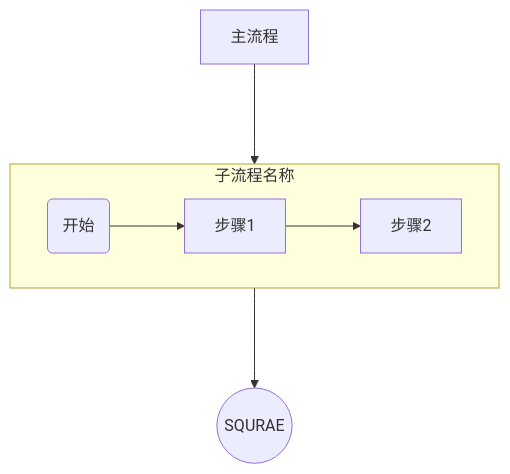
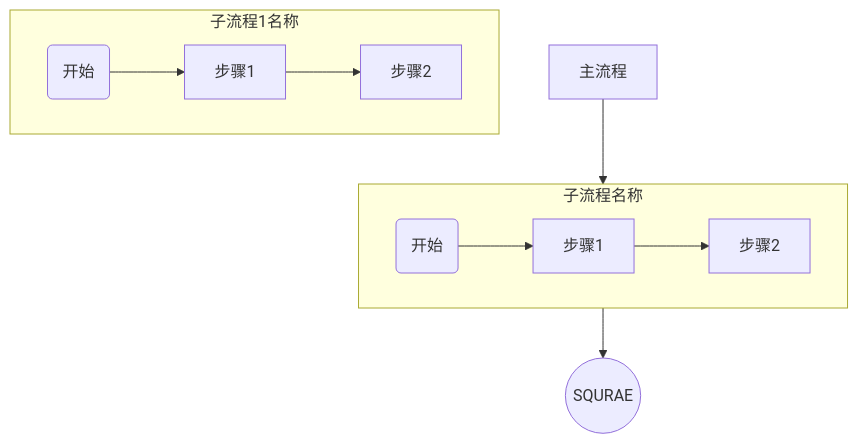
The third of 3 diagrams in Daily work/2025/Month_04/07.md (zeff163/stackedit-app-data), drawn with Mermaid before and after one commit. The commit also changed other lines of this file, not shown here.

Commit message:
Daily work/2025/Month_04/07.md updated from https://stackedit.cn/

````diff
--- a/Daily work/2025/Month_04/07.md
+++ b/Daily work/2025/Month_04/07.md
@@ -73,9 +73,12 @@
 ```mermaid
 graph TD
     subgraph 子流程 [子流程名称]
         B(开始) --> C[步骤1]
         C --> D[步骤2]
     end
-    A[主流程] ---> 子流程{检查}--->E((SQURAE))
- 
+    A[主流程] --> 子流程{检查}-->E((SQURAE))
+ subgraph L 子流程1 [子流程1名称]
+        B1(开始) --> C1[步骤1]
+        C1 --> D1[步骤2]
+    end
 ```
````
